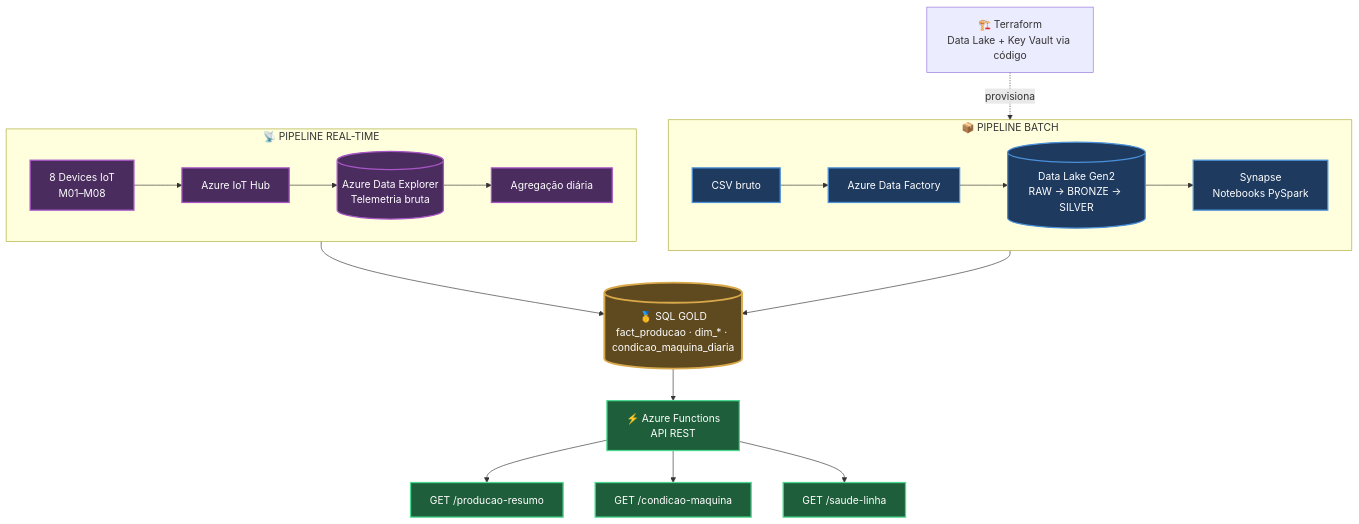
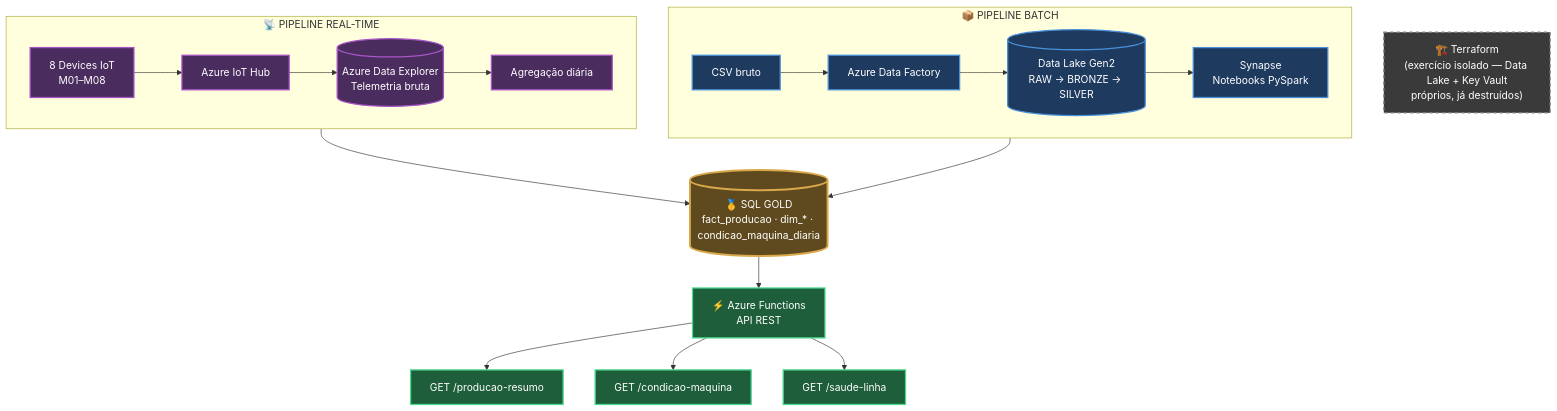
Before and after one commit to iannfava/azure-iot-data-pipeline: the diagram in readme.md, drawn with Mermaid. The commit also changed other lines of this file, not shown here.

Commit message:
readme atualizado

````diff
--- a/readme.md
+++ b/readme.md
@@ -15,37 +15,39 @@
 ```mermaid
 flowchart TD
     classDef batch fill:#1e3a5f,stroke:#4a90d9,stroke-width:2px,color:#fff
     classDef realtime fill:#4a2c5e,stroke:#a855c7,stroke-width:2px,color:#fff
     classDef gold fill:#5e4a1e,stroke:#d9a84a,stroke-width:3px,color:#fff
     classDef api fill:#1e5e3a,stroke:#4ad98f,stroke-width:2px,color:#fff
+    classDef iac fill:#3a3a3a,stroke:#888,stroke-width:2px,color:#fff,stroke-dasharray: 5 5
 
     subgraph BATCH["📦 PIPELINE BATCH"]
         direction LR
         A1[CSV bruto] --> A2[Azure Data Factory]
         A2 --> A3[(Data Lake Gen2<br/>RAW → BRONZE → SILVER)]
         A3 --> A4[Synapse<br/>Notebooks PySpark]
     end
 
     subgraph REALTIME["📡 PIPELINE REAL-TIME"]
         direction LR
         B1[8 Devices IoT<br/>M01–M08] --> B2[Azure IoT Hub]
         B2 --> B3[(Azure Data Explorer<br/>Telemetria bruta)]
         B3 --> B4[Agregação diária]
     end
 
     A4 --> GOLD[("🥇 SQL GOLD<br/>fact_producao · dim_* · condicao_maquina_diaria")]
     B4 --> GOLD
 
     GOLD --> API["⚡ Azure Functions<br/>API REST"]
 
     API --> R1[GET /producao-resumo]
     API --> R2[GET /condicao-maquina]
     API --> R3[GET /saude-linha]
 
-    IAC["🏗️ Terraform<br/>Data Lake + Key Vault via código"] -.provisiona.-> A3
+    IAC["🏗️ Terraform<br/>(exercício isolado — Data Lake + Key Vault<br/>próprios, já destruídos)"]
 
     class A1,A2,A3,A4 batch
     class B1,B2,B3,B4 realtime
     class GOLD gold
     class API,R1,R2,R3 api
+    class IAC iac
 ```
````
